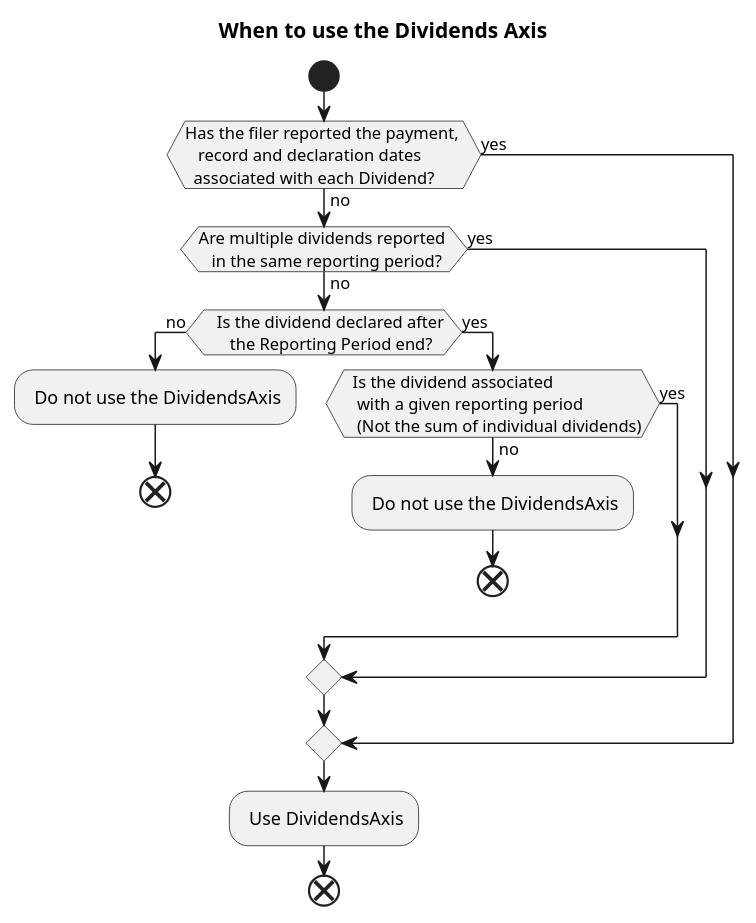
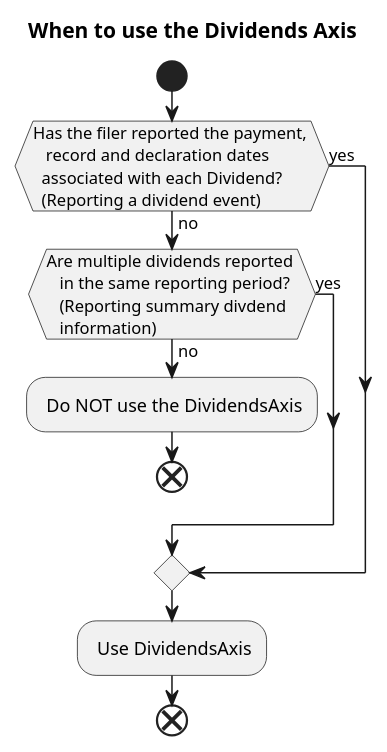
The diagram in guidance/rule-flowcharts/UseOfDividendsAxis.plantuml (DataQualityCommittee/dqc_us_rules), drawn with PlantUML before and after one commit. The commit also changed 2 other files, not shown here.

```diff
--- a/guidance/rule-flowcharts/UseOfDividendsAxis.plantuml
+++ b/guidance/rule-flowcharts/UseOfDividendsAxis.plantuml
@@ -1,50 +1,31 @@
 @startuml dividends_Per_Share
 title "When to use the Dividends Axis"
 !pragma useVerticalIf on
 start
 
  
  if (Has the filer reported the payment, 
    record and declaration dates
-  associated with each Dividend?) then (no)
+  associated with each Dividend? 
+  (Reporting a dividend event)) then (no)
 
    if (Are multiple dividends reported 
-   in the same reporting period?) then (no)
+   in the same reporting period?
+   (Reporting summary divdend 
+   information)) then (no)
+      : Do NOT use the DividendsAxis;
+      end
+         
+   else (yes)
 
-      
-      if (   Is the dividend declared after
-      the Reporting Period end?) then (no)
-      
-      : Do not use the DividendsAxis;
-      end
-      
- else (yes)
-   if (  Is the dividend associated 
-   with a given reporting period 
-   (Not the sum of individual dividends)) then (no)
-   : Do not use the DividendsAxis;
-   end 
-      
-   else (yes)
    endif
-
+else (yes)
     endif 
       
-
-      
- else (yes)
-
-    endif 
-      
-      
- else (yes)
-
-    endif 
-
-                 : Use DividendsAxis;
+: Use DividendsAxis;
                
                         
     
 end
 
 @enduml
```
